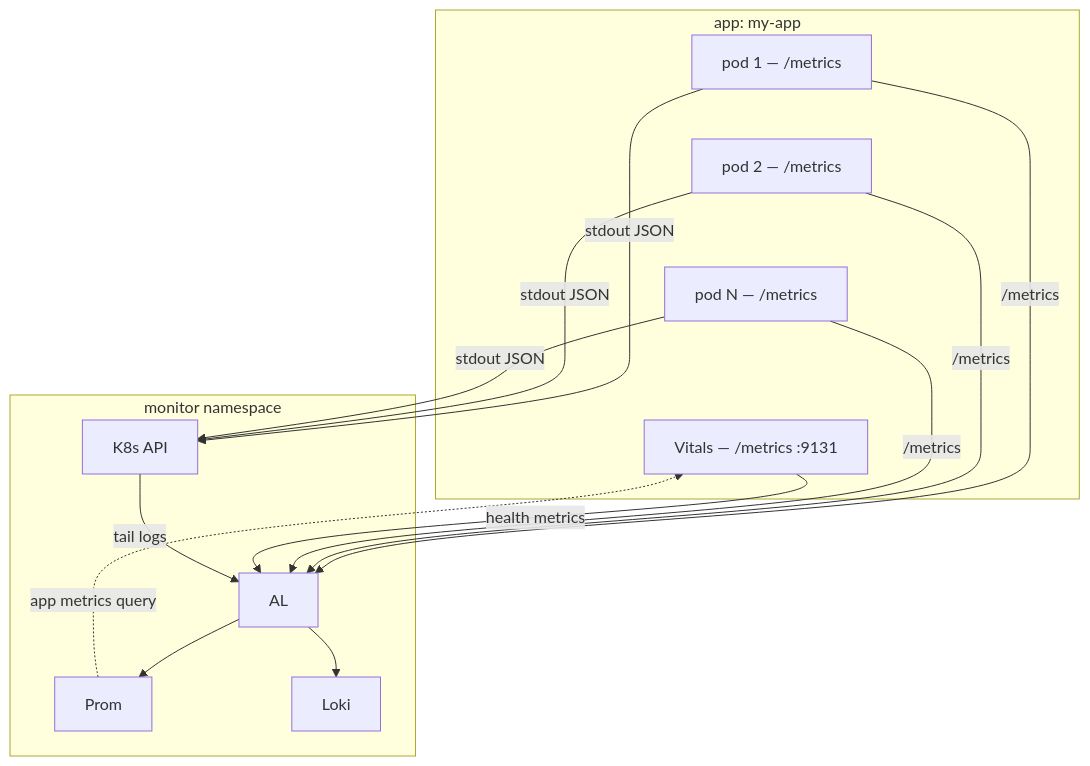
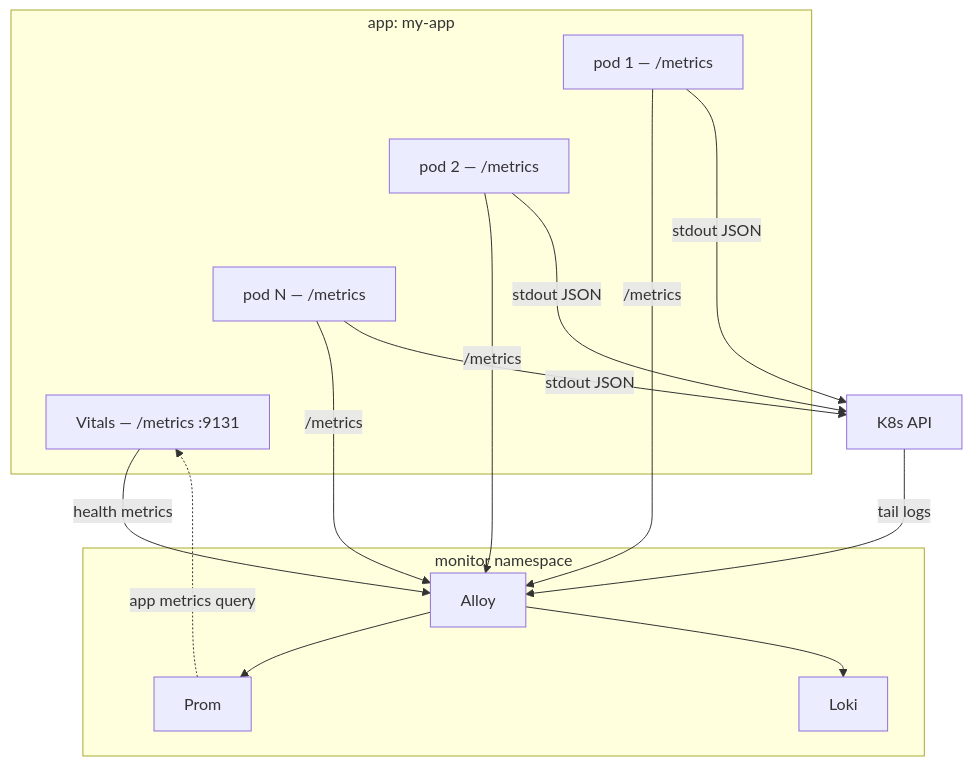
Before and after one commit to Kord96/kordinate: the diagram in docs/reference/patterns/observability-contract.md, drawn with Mermaid.

Commit message:
docs: move K8s API outside monitor namespace — cluster-scoped [scribe]

````diff
--- a/docs/reference/patterns/observability-contract.md
+++ b/docs/reference/patterns/observability-contract.md
@@ -7,20 +7,20 @@
 ```mermaid
 flowchart TB
     subgraph app["app: my-app"]
         P1[pod 1 — /metrics]
         P2[pod 2 — /metrics]
         PN[pod N — /metrics]
         VIT[Vitals — /metrics :9131]
         P1 ~~~ P2 ~~~ PN ~~~ VIT
     end
 
     P1 & P2 & PN -->|/metrics| AL
-    P1 & P2 & PN -->|stdout JSON| K8S
+    P1 & P2 & PN -->|stdout JSON| K8S[K8s API]
+    K8S -->|tail logs| AL
     VIT -->|health metrics| AL
     PR -.->|app metrics query| VIT
 
     subgraph mon[monitor namespace]
-        K8S[K8s API] -->|tail logs| AL
-        AL --> PR[Prom] & LK[Loki]
+        AL[Alloy] --> PR[Prom] & LK[Loki]
     end
 ```
````
